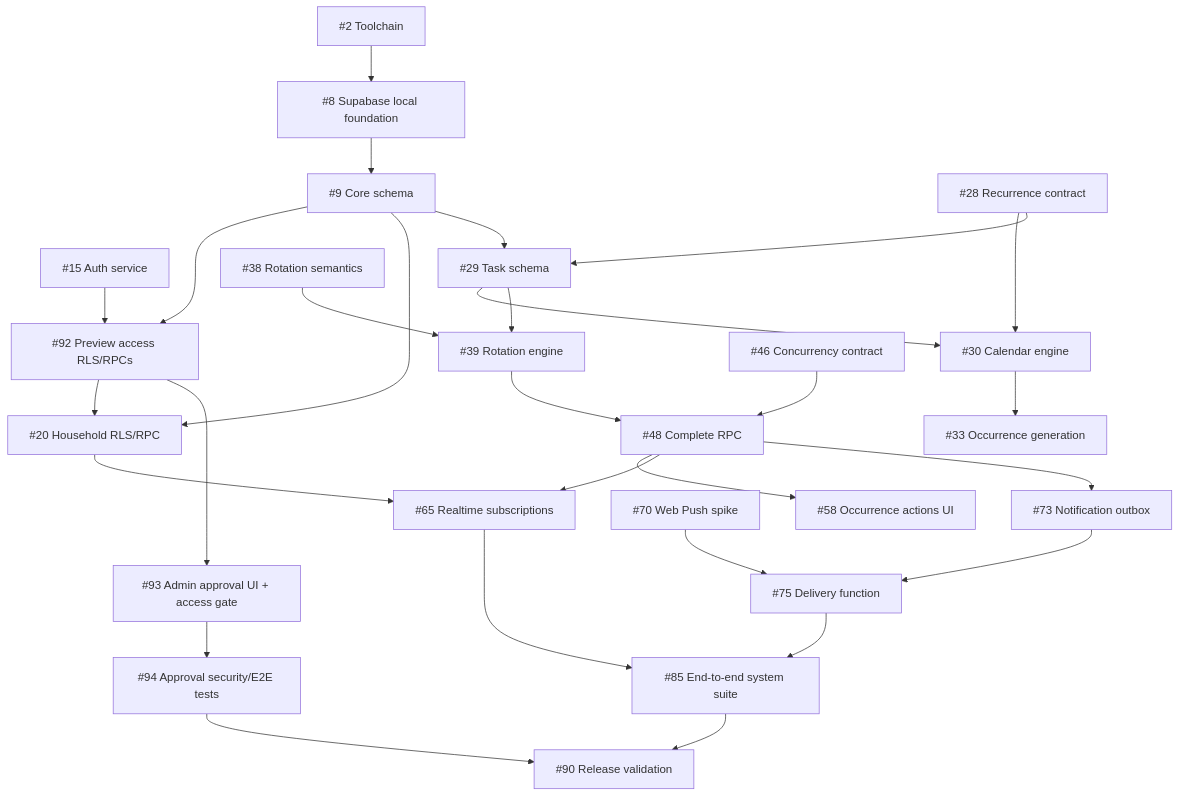
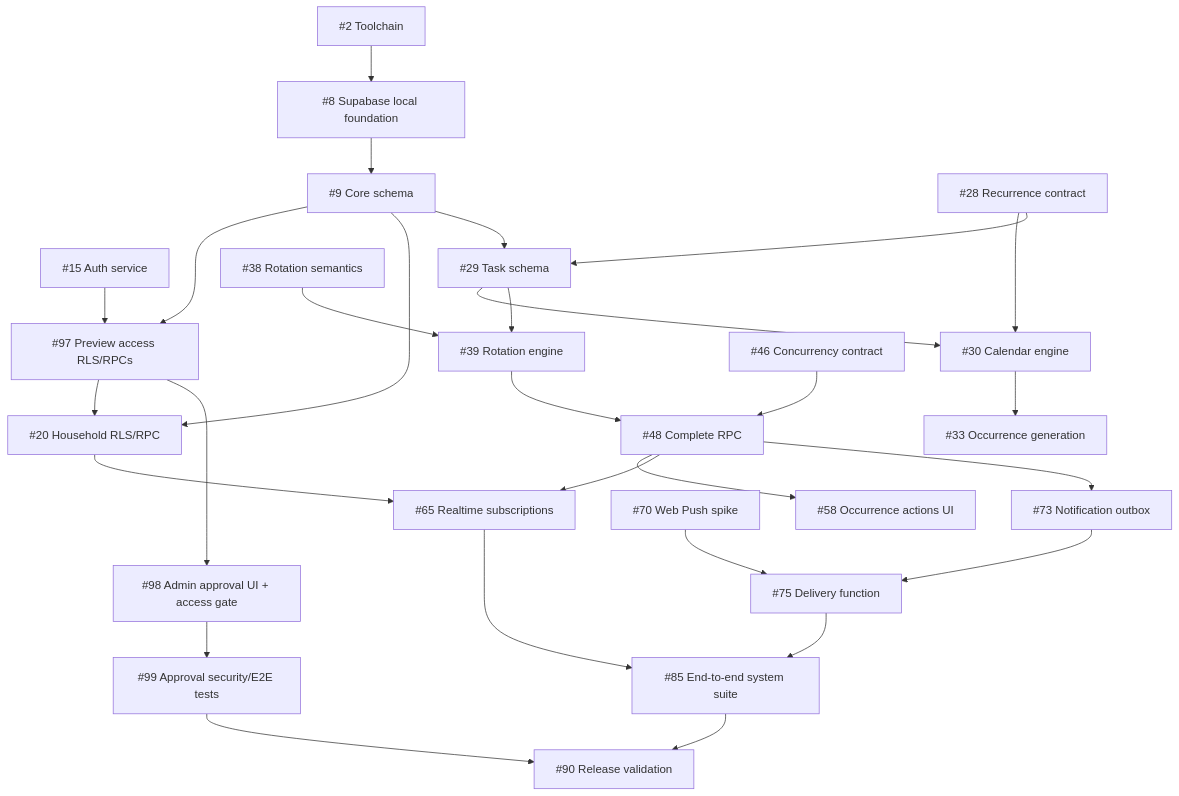
One commit to christopherrbrown3/hometeam changed the fifth of 5 diagrams in ARCHITECTURE.md. Above: the diagram before and after it, drawn with Mermaid. The commit also changed 3 other files, not shown here.

Commit message:
docs: reserve preview access issue numbers

````diff
--- a/ARCHITECTURE.md
+++ b/ARCHITECTURE.md
@@ -388,30 +388,30 @@
 ```mermaid
 flowchart TD
     I2["#2 Toolchain"] --> I8["#8 Supabase local foundation"]
     I8 --> I9["#9 Core schema"]
-    I15["#15 Auth service"] --> I92["#92 Preview access RLS/RPCs"]
-    I9 --> I92
-    I92 --> I20
-    I92 --> I93["#93 Admin approval UI + access gate"]
-    I93 --> I94["#94 Approval security/E2E tests"]
+    I15["#15 Auth service"] --> I97["#97 Preview access RLS/RPCs"]
+    I9 --> I97
+    I97 --> I20
+    I97 --> I98["#98 Admin approval UI + access gate"]
+    I98 --> I99["#99 Approval security/E2E tests"]
     I9 --> I20["#20 Household RLS/RPC"]
     I9 --> I29["#29 Task schema"]
     I28["#28 Recurrence contract"] --> I30["#30 Calendar engine"]
     I28 --> I29
     I29 --> I30
     I30 --> I33["#33 Occurrence generation"]
     I38["#38 Rotation semantics"] --> I39["#39 Rotation engine"]
     I29 --> I39
     I46["#46 Concurrency contract"] --> I48["#48 Complete RPC"]
     I39 --> I48
     I48 --> I58["#58 Occurrence actions UI"]
     I20 --> I65["#65 Realtime subscriptions"]
     I48 --> I65
     I70["#70 Web Push spike"] --> I75["#75 Delivery function"]
     I48 --> I73["#73 Notification outbox"]
     I73 --> I75
     I65 --> I85["#85 End-to-end system suite"]
     I75 --> I85
     I85 --> I90["#90 Release validation"]
-    I94 --> I90
+    I99 --> I90
 ```
````
